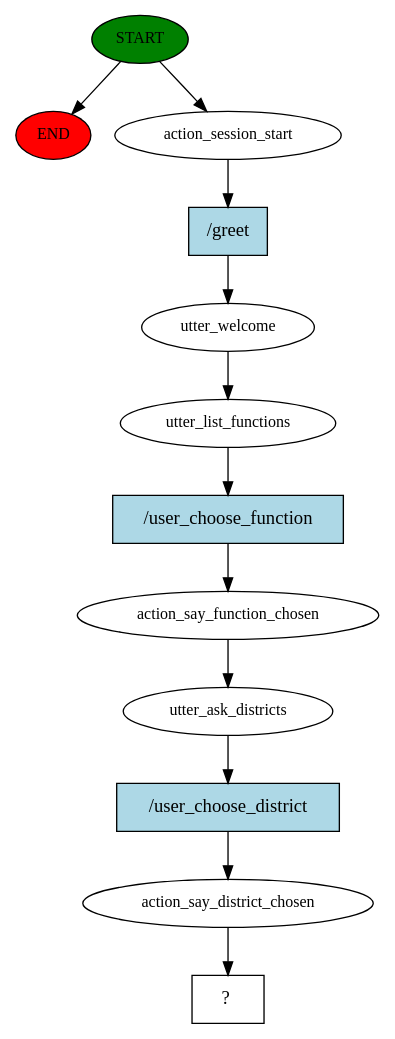
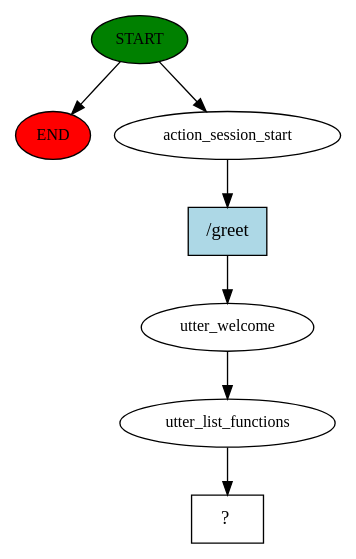
Before and after one commit to lemonJohn755/FYP_Chatbot: the diagram in story_graph.dot, drawn with Graphviz. The commit also changed 1230 other files, not shown here.

```diff
--- a/story_graph.dot
+++ b/story_graph.dot
@@ -1,25 +1,15 @@
 digraph  {
 0 [class="start active", fillcolor=green, fontsize=12, label=START, style=filled];
 "-1" [class=end, fillcolor=red, fontsize=12, label=END, style=filled];
 1 [class=active, fontsize=12, label=action_session_start];
 2 [class=active, fontsize=12, label=utter_welcome];
 3 [class=active, fontsize=12, label=utter_list_functions];
-4 [class=active, fontsize=12, label=action_say_function_chosen];
-5 [class=active, fontsize=12, label=utter_ask_districts];
-6 [class=active, fontsize=12, label=action_say_district_chosen];
-7 [class="intent dashed active", label="  ?  ", shape=rect];
-8 [class="intent active", fillcolor=lightblue, label="/greet", shape=rect, style=filled];
-9 [class="intent active", fillcolor=lightblue, label="/user_choose_function", shape=rect, style=filled];
-10 [class="intent active", fillcolor=lightblue, label="/user_choose_district", shape=rect, style=filled];
+4 [class="intent dashed active", label="  ?  ", shape=rect];
+5 [class="intent active", fillcolor=lightblue, label="/greet", shape=rect, style=filled];
 0 -> "-1"  [class="", key=NONE, label=""];
 0 -> 1  [class=active, key=NONE, label=""];
-1 -> 8  [class=active, key=0];
+1 -> 5  [class=active, key=0];
 2 -> 3  [class=active, key=NONE, label=""];
-3 -> 9  [class=active, key=0];
-4 -> 5  [class=active, key=NONE, label=""];
-5 -> 10  [class=active, key=0];
-6 -> 7  [class=active, key=NONE, label=""];
-8 -> 2  [class=active, key=0];
-9 -> 4  [class=active, key=0];
-10 -> 6  [class=active, key=0];
+3 -> 4  [class=active, key=NONE, label=""];
+5 -> 2  [class=active, key=0];
 }
```
